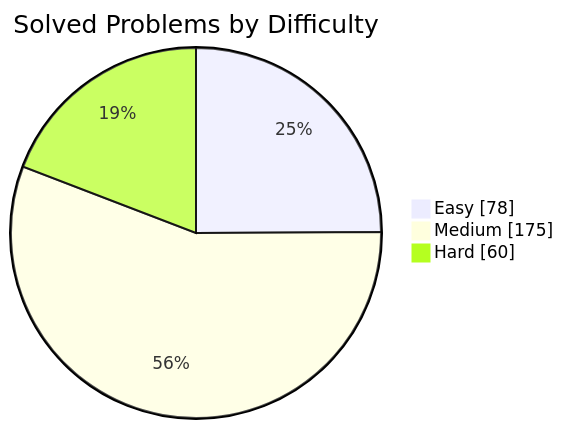
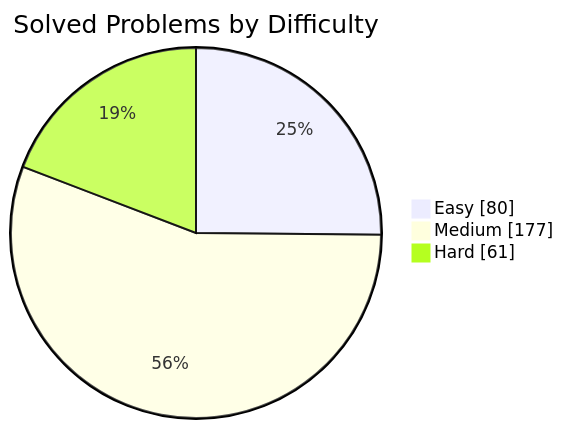
Before and after one commit to manikantbindass/DSA-Preparation-FAANG: the first of 2 diagrams in README.md, drawn with Mermaid. The commit also changed other lines of this file and 1 other file, not shown here.

````diff
--- a/README.md
+++ b/README.md
@@ -77,7 +77,7 @@
 ```mermaid
 pie showData
     title Solved Problems by Difficulty
-    "Easy" : 78
-    "Medium" : 175
-    "Hard" : 60
+    "Easy" : 80
+    "Medium" : 177
+    "Hard" : 61
 ```
````
